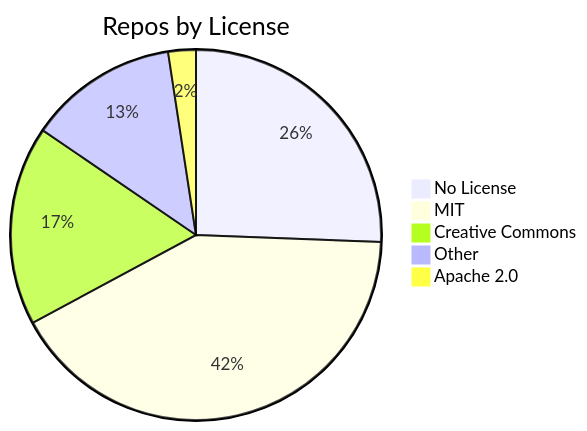
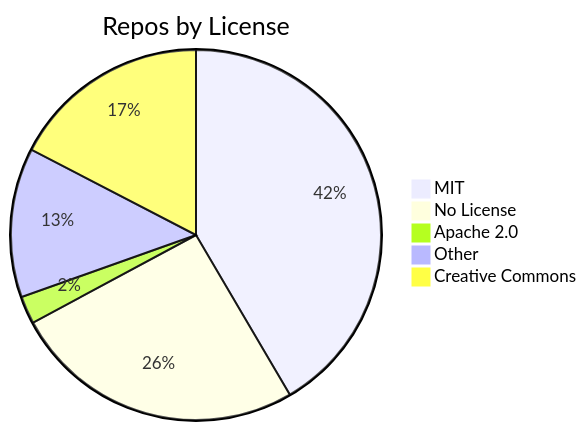
The diagram in README.md (jpatterson933/awesome-mcp-server-repo-index), drawn with Mermaid before and after one commit. The commit also changed other lines of this file and 7 other files, not shown here.

````diff
--- a/README.md
+++ b/README.md
@@ -31,8 +31,8 @@
 ```mermaid
 pie title Repos by License
+    "MIT" : 86
     "No License" : 53
-    "MIT" : 86
+    "Apache 2.0" : 5
+    "Other" : 27
     "Creative Commons" : 36
-    "Other" : 27
-    "Apache 2.0" : 5
 ```
````
